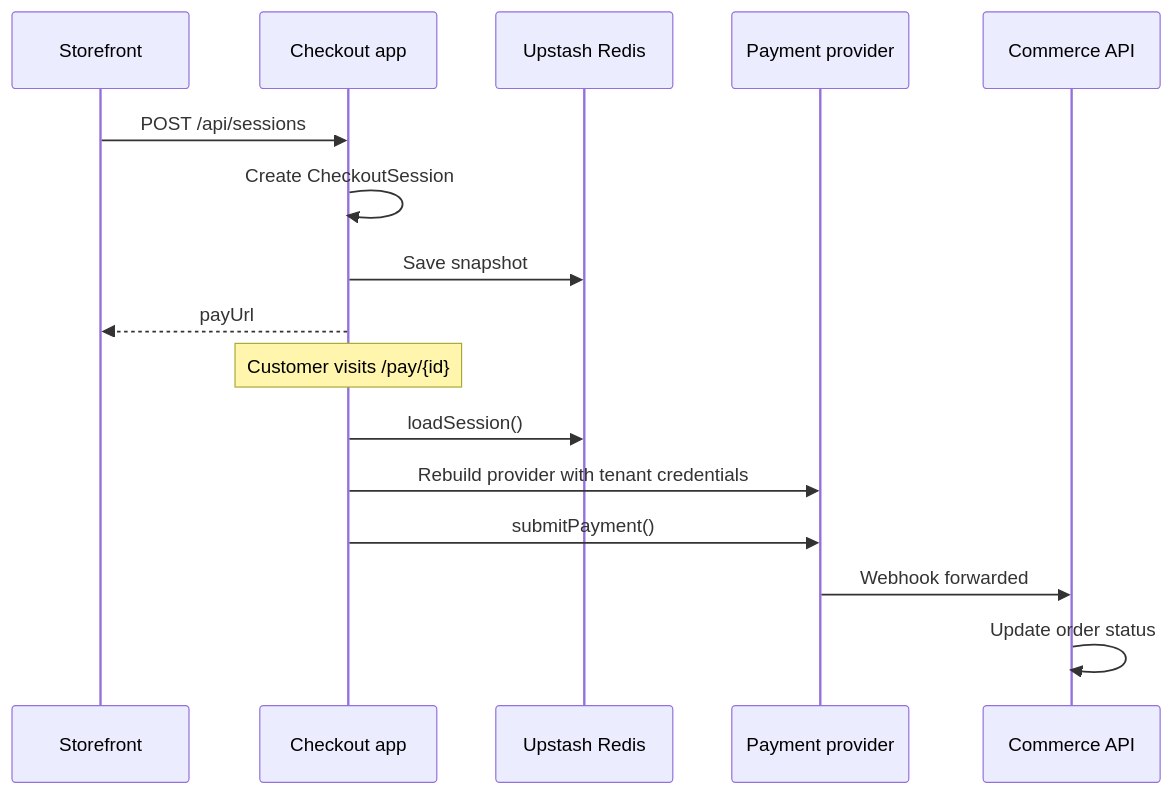
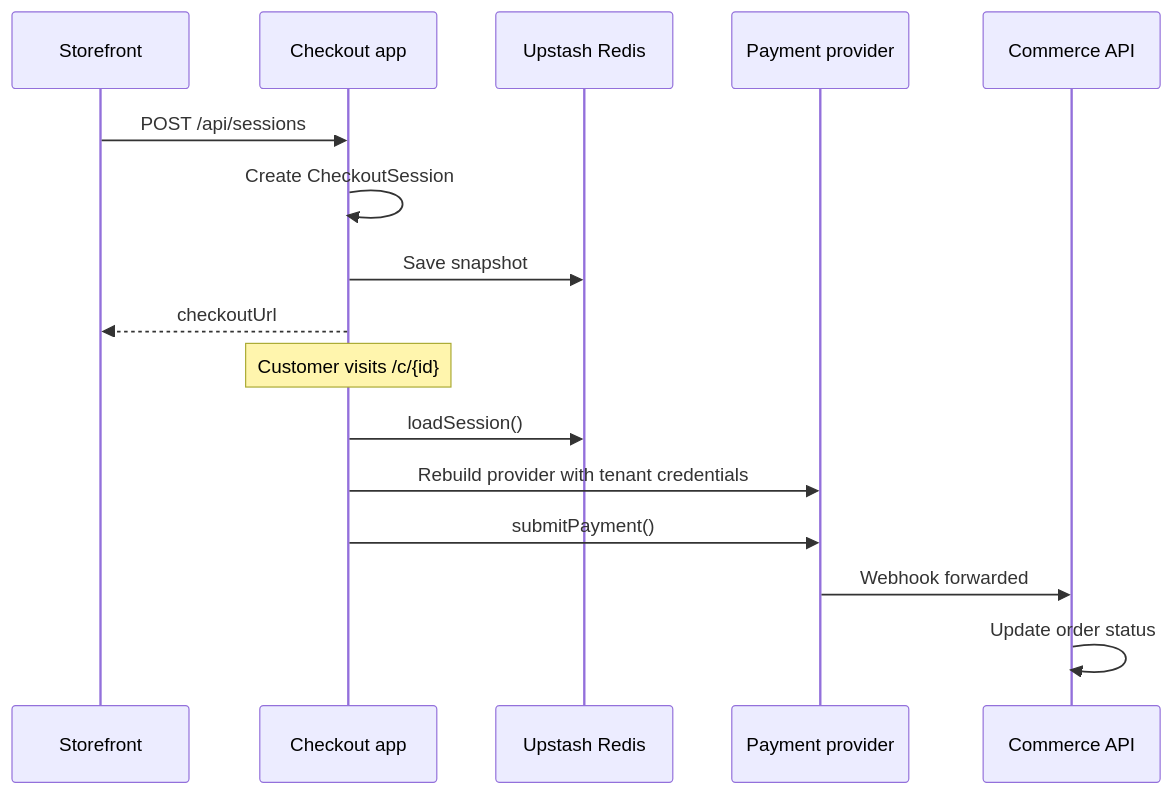
The diagram in apps/docs/content/docs/apps/checkout/index.mdx (rodrigobarona/commerce.js-nextjs-clone), drawn with Mermaid before and after one commit. The commit also changed other lines of this file and 98 other files, not shown here.

````diff
--- a/apps/docs/content/docs/apps/checkout/index.mdx
+++ b/apps/docs/content/docs/apps/checkout/index.mdx
@@ -12,20 +12,20 @@
 ```mermaid
 sequenceDiagram
   participant SF as Storefront
   participant CHK as Checkout app
   participant REDIS as Upstash Redis
   participant PP as Payment provider
   participant API as Commerce API
 
   SF->>CHK: POST /api/sessions
   CHK->>CHK: Create CheckoutSession
   CHK->>REDIS: Save snapshot
-  CHK-->>SF: payUrl
+  CHK-->>SF: checkoutUrl
 
-  Note over CHK: Customer visits /pay/{id}
+  Note over CHK: Customer visits /c/{id}
   CHK->>REDIS: loadSession()
   CHK->>PP: Rebuild provider with tenant credentials
   CHK->>PP: submitPayment()
   PP->>API: Webhook forwarded
   API->>API: Update order status
 ```
````
